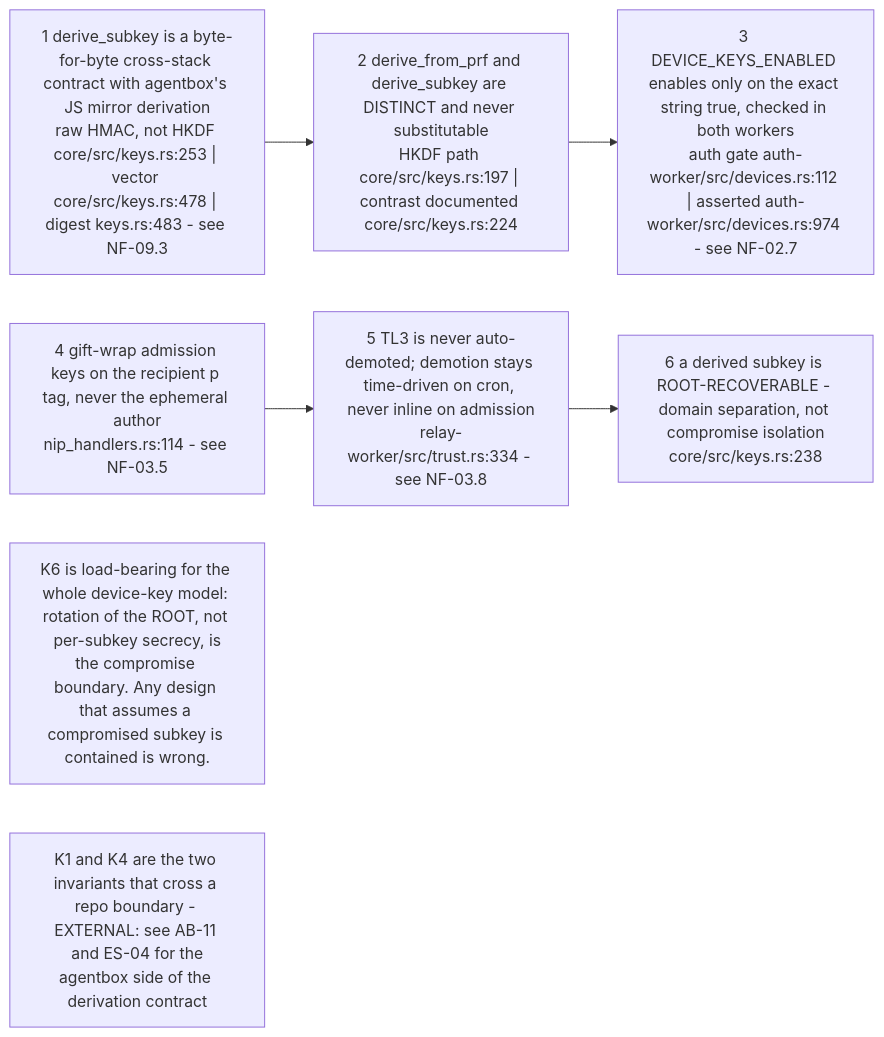
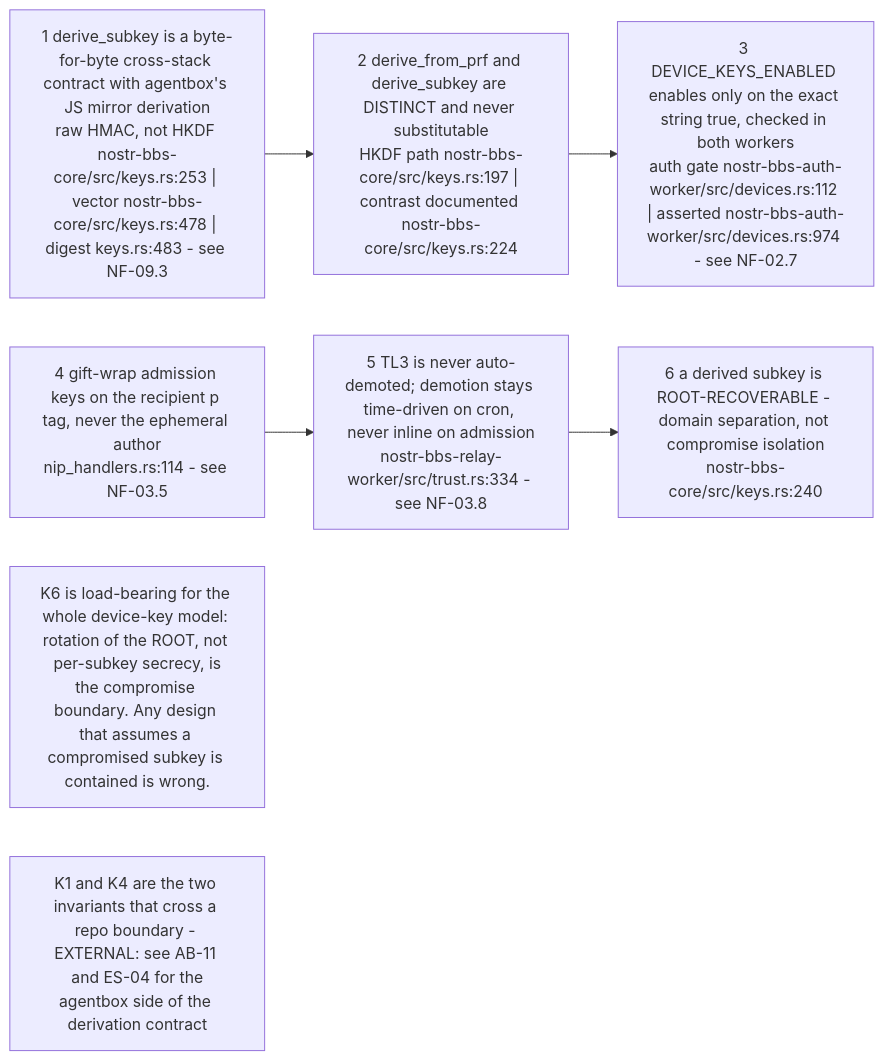
The second of 10 diagrams in docs/diagrams/nostr-rust-forum/10-invariants-and-anomaly-register.md (DreamLab-AI/VisionFlow), drawn with Mermaid before and after one commit. The commit also changed other lines of this file and 185 other files, not shown here.

Commit message:
docs(estate): reconcile diagrams and ADRs with source and define closeout sprint

````diff
--- a/docs/diagrams/nostr-rust-forum/10-invariants-and-anomaly-register.md
+++ b/docs/diagrams/nostr-rust-forum/10-invariants-and-anomaly-register.md
@@ -69,15 +71,15 @@
 ```mermaid
 flowchart LR
-    K1["1 derive_subkey is a byte-for-byte cross-stack contract with agentbox's JS mirror derivation<br/>raw HMAC, not HKDF core/src/keys.rs:253 | vector core/src/keys.rs:478 | digest keys.rs:483 - see NF-09.3"]
-    K2["2 derive_from_prf and derive_subkey are DISTINCT and never substitutable<br/>HKDF path core/src/keys.rs:197 | contrast documented core/src/keys.rs:224"]
-    K3["3 DEVICE_KEYS_ENABLED enables only on the exact string true, checked in both workers<br/>auth gate auth-worker/src/devices.rs:112 | asserted auth-worker/src/devices.rs:974 - see NF-02.7"]
+    K1["1 derive_subkey is a byte-for-byte cross-stack contract with agentbox's JS mirror derivation<br/>raw HMAC, not HKDF nostr-bbs-core/src/keys.rs:253 | vector nostr-bbs-core/src/keys.rs:478 | digest keys.rs:483 - see NF-09.3"]
+    K2["2 derive_from_prf and derive_subkey are DISTINCT and never substitutable<br/>HKDF path nostr-bbs-core/src/keys.rs:197 | contrast documented nostr-bbs-core/src/keys.rs:224"]
+    K3["3 DEVICE_KEYS_ENABLED enables only on the exact string true, checked in both workers<br/>auth gate nostr-bbs-auth-worker/src/devices.rs:112 | asserted nostr-bbs-auth-worker/src/devices.rs:974 - see NF-02.7"]
     K4["4 gift-wrap admission keys on the recipient p tag, never the ephemeral author<br/>nip_handlers.rs:114 - see NF-03.5"]
-    K5["5 TL3 is never auto-demoted; demotion stays time-driven on cron, never inline on admission<br/>relay-worker/src/trust.rs:334 - see NF-03.8"]
-    K6["6 a derived subkey is ROOT-RECOVERABLE - domain separation, not compromise isolation<br/>core/src/keys.rs:238"]
+    K5["5 TL3 is never auto-demoted; demotion stays time-driven on cron, never inline on admission<br/>nostr-bbs-relay-worker/src/trust.rs:334 - see NF-03.8"]
+    K6["6 a derived subkey is ROOT-RECOVERABLE - domain separation, not compromise isolation<br/>nostr-bbs-core/src/keys.rs:240"]
 
     K1 --> K2 --> K3
     K4 --> K5 --> K6
 
     N1["K6 is load-bearing for the whole device-key model: rotation of the ROOT, not per-subkey secrecy, is<br/>the compromise boundary. Any design that assumes a compromised subkey is contained is wrong."]
     N2["K1 and K4 are the two invariants that cross a repo boundary - EXTERNAL: see AB-11 and ES-04 for the<br/>agentbox side of the derivation contract"]
 ```
````
